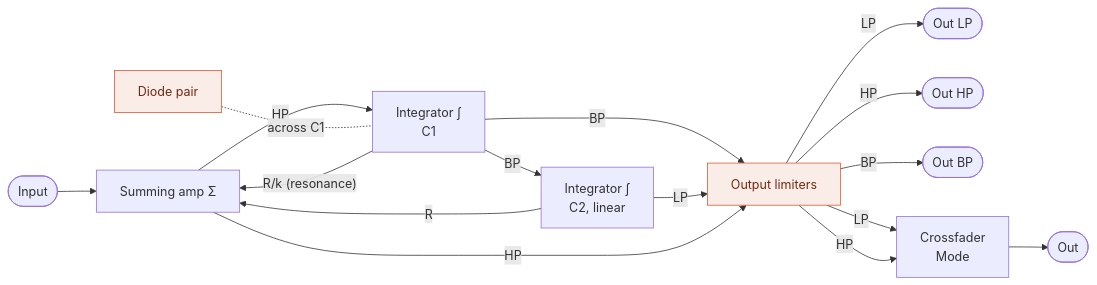
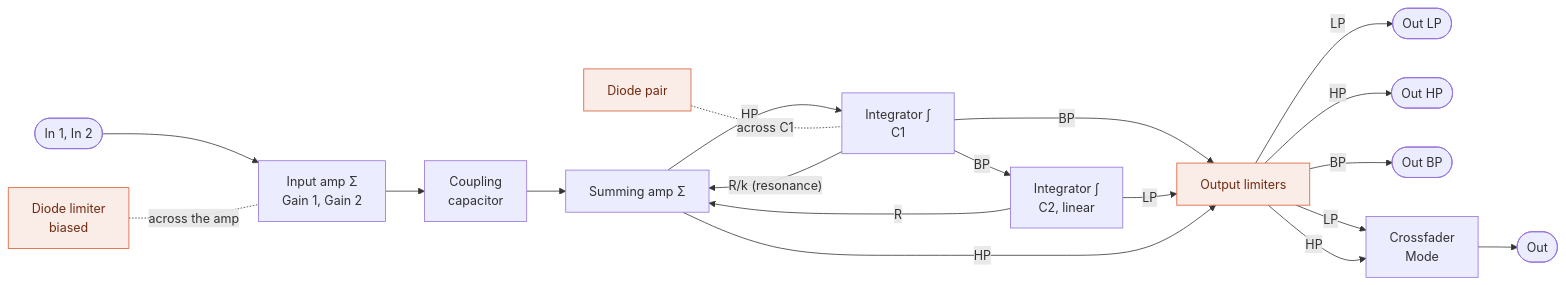
One commit to risgk/midi_synthesizer_spms1 changed the second of 4 diagrams in spms1_type2/spms1_patching.md. Above: the diagram before and after it, drawn with Mermaid. The commit also changed other lines of this file and 8 other files, not shown here.

First line of the commit message:
type-2: Filter: a biased input clip and a DC blocker ahead of the loop (prototype)

````diff
--- a/spms1_type2/spms1_patching.md
+++ b/spms1_type2/spms1_patching.md
@@ -118,20 +135,23 @@
 ```mermaid
 flowchart LR
-  IN([Input]) --> A1["Summing amp Σ"]
+  IN([In 1, In 2]) --> IA["Input amp Σ<br/>Gain 1, Gain 2"]
+  DI["Diode limiter<br/>biased"] -.-|across the amp| IA
+  IA --> CC["Coupling<br/>capacitor"]
+  CC --> A1["Summing amp Σ"]
   A1 -->|HP| A2["Integrator ∫<br/>C1"]
   D["Diode pair"] -.-|across C1| A2
   A2 -->|BP| LIM
   A2 -->|BP| A3["Integrator ∫<br/>C2, linear"]
   A3 -->|LP| LIM["Output limiters"]
   A1 -->|HP| LIM
   LIM -->|LP| OUT_LP([Out LP])
   LIM -->|HP| OUT_HP([Out HP])
   LIM -->|BP| OUT_BP([Out BP])
   LIM -->|LP| XF["Crossfader<br/>Mode"]
   LIM -->|HP| XF
   XF --> OUT([Out])
   A2 -->|"R/k (resonance)"| A1
   A3 -->|R| A1
   classDef nl fill:#FAECE7,stroke:#D85A30,color:#712B13
-  class D,LIM nl
+  class DI,D,LIM nl
 ```
````
